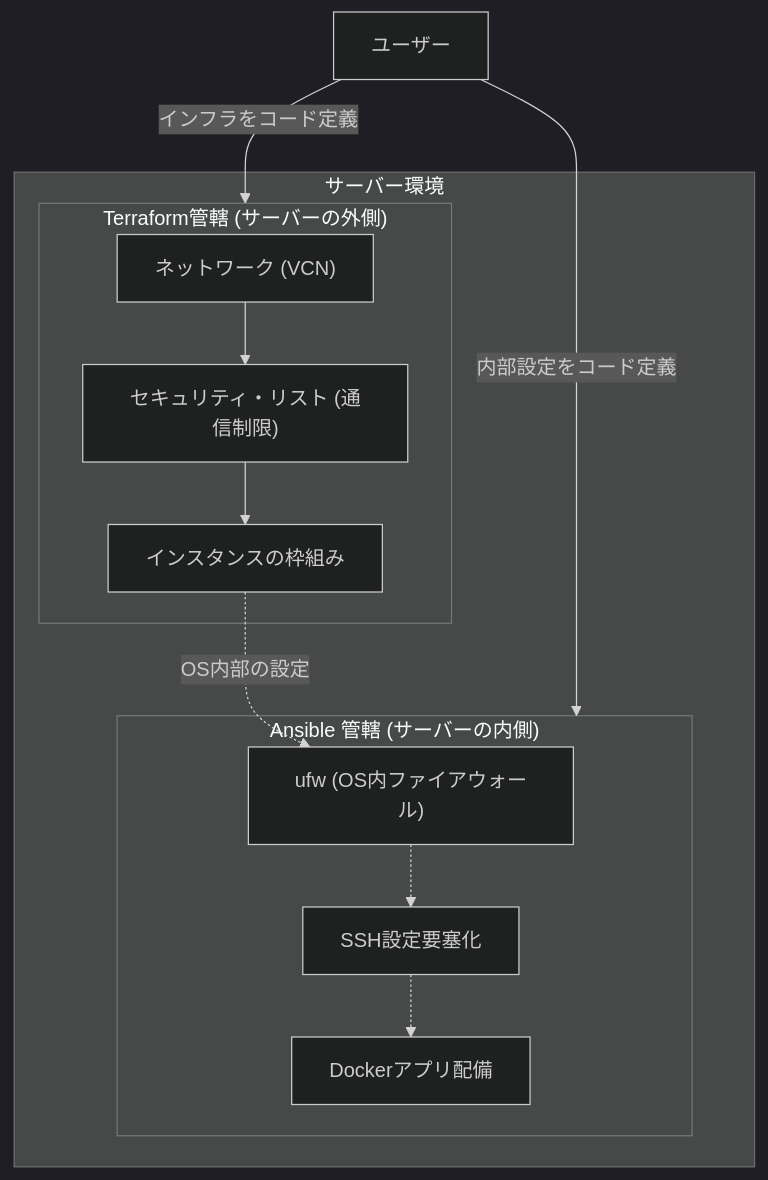
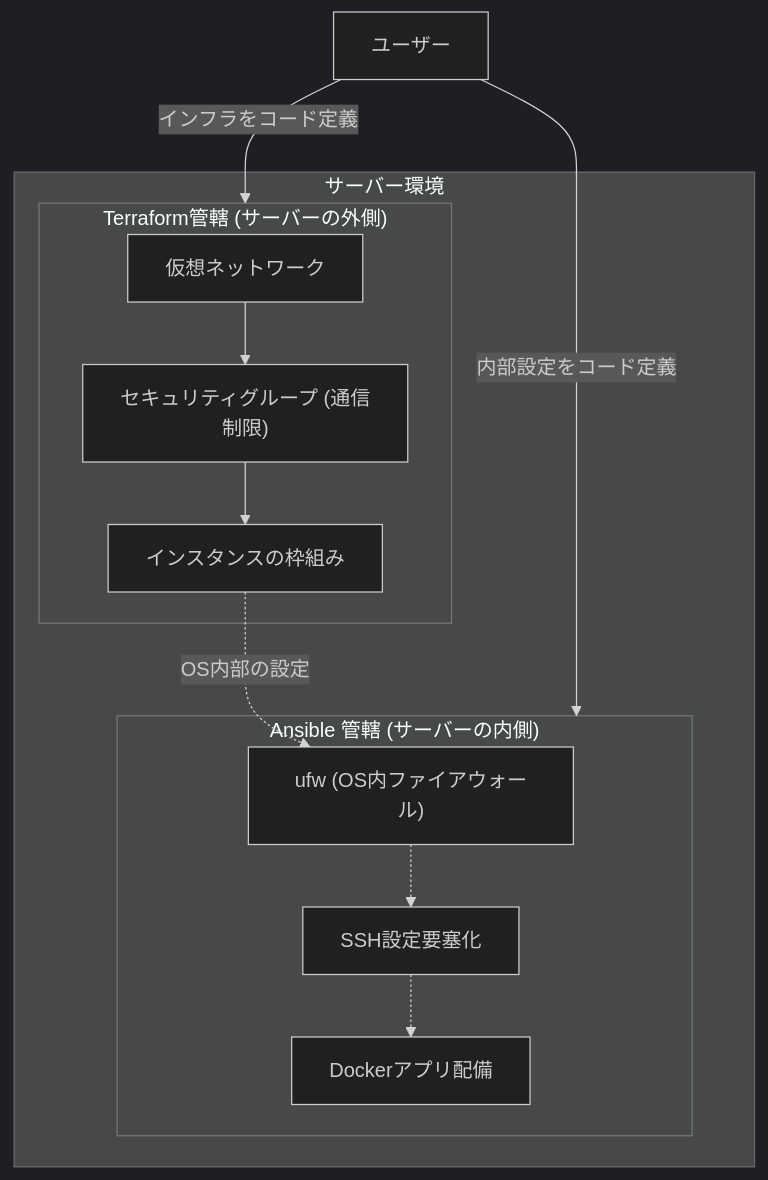
The diagram in articles/46f8d41a6a2539.md (vspgkyo11/Zenn-Connect), drawn with Mermaid (dark theme) before and after one commit. The commit also changed other lines of this file, not shown here.

````diff
--- a/articles/46f8d41a6a2539.md
+++ b/articles/46f8d41a6a2539.md
@@ -42,25 +42,25 @@
 ```mermaid
 graph TD
     subgraph OCI ["サーバー環境"]
         subgraph Terraform_Scope ["Terraform管轄 (サーバーの外側)"]
-            Network["ネットワーク (VCN)"]
-            SecurityList["セキュリティ・リスト (通信制限)"]
+            Network["仮想ネットワーク"]
+            SecurityList["セキュリティグループ (通信制限)"]
             Instance["インスタンスの枠組み"]
         end
 
         subgraph Ansible_Scope ["Ansible 管轄 (サーバーの内側)"]
             OS_Firewall["ufw (OS内ファイアウォール) "]
             SSH_Config["SSH設定要塞化"]
             Docker_App["Dockerアプリ配備"]
         end
 
         Network --> SecurityList
         SecurityList --> Instance
         Instance -.->|OS内部の設定| OS_Firewall
         OS_Firewall -.-> SSH_Config
         SSH_Config -.-> Docker_App
     end
 
     User["ユーザー"] -->|インフラをコード定義| Terraform_Scope
     User -->|内部設定をコード定義| Ansible_Scope
 ```
````
